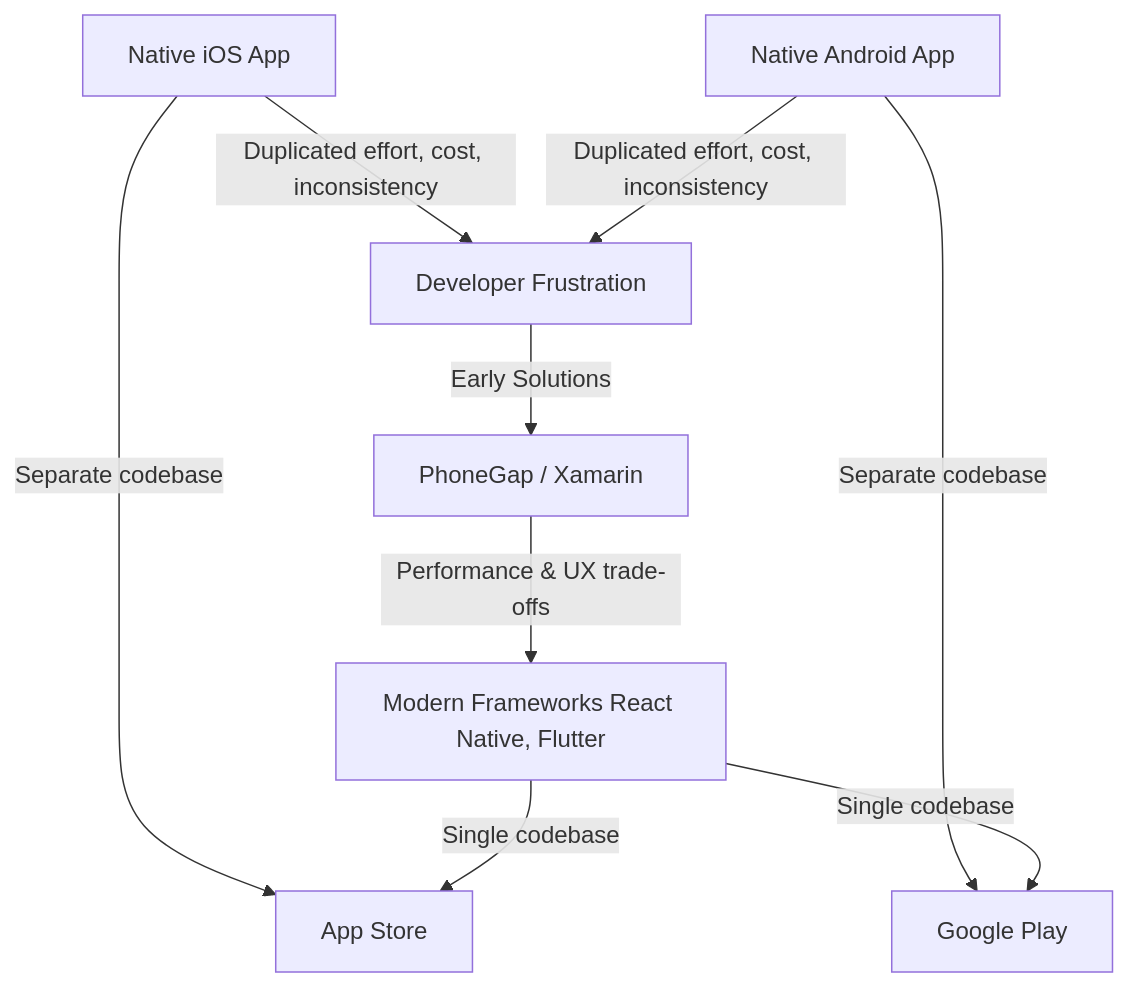
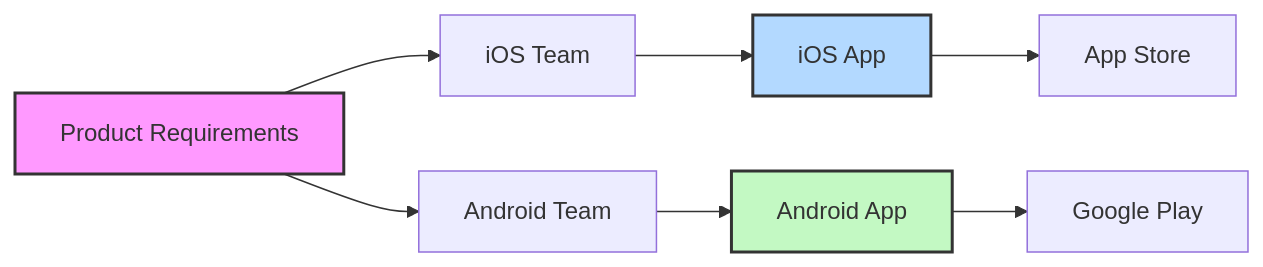
Before and after one commit to nickPattLB303/react-native-examples: the first of 2 diagrams in modules/module-01-the-landscape-of-mobile-development/section-02-rise-of-cross-platform.md, drawn with Mermaid. The commit also changed other lines of this file and 8 other files, not shown here.

````diff
--- a/modules/module-01-the-landscape-of-mobile-development/section-02-rise-of-cross-platform.md
+++ b/modules/module-01-the-landscape-of-mobile-development/section-02-rise-of-cross-platform.md
@@ -19,11 +15,13 @@
 ```mermaid
-flowchart TD
-    A[Native iOS App] -- Separate codebase --> C[App Store]
-    B[Native Android App] -- Separate codebase --> D[Google Play]
-    A & B -- Duplicated effort, cost, inconsistency --> E[Developer Frustration]
-    E -- Early Solutions --> F[PhoneGap / Xamarin]
-    F -- Performance & UX trade-offs --> G[Modern Frameworks]
-    G -- Single codebase --> C
-    G -- Single codebase --> D
-    G[Modern Frameworks React Native, Flutter]
+graph LR
+    A[Product Requirements] --> B[iOS Team]
+    A --> C[Android Team]
+    B --> D[iOS App]
+    C --> E[Android App]
+    D --> F[App Store]
+    E --> G[Google Play]
+    
+    style A fill:#f9f,stroke:#333,stroke-width:2px
+    style D fill:#b3d9ff,stroke:#333,stroke-width:2px
+    style E fill:#c3f9c3,stroke:#333,stroke-width:2px
 ```
````
